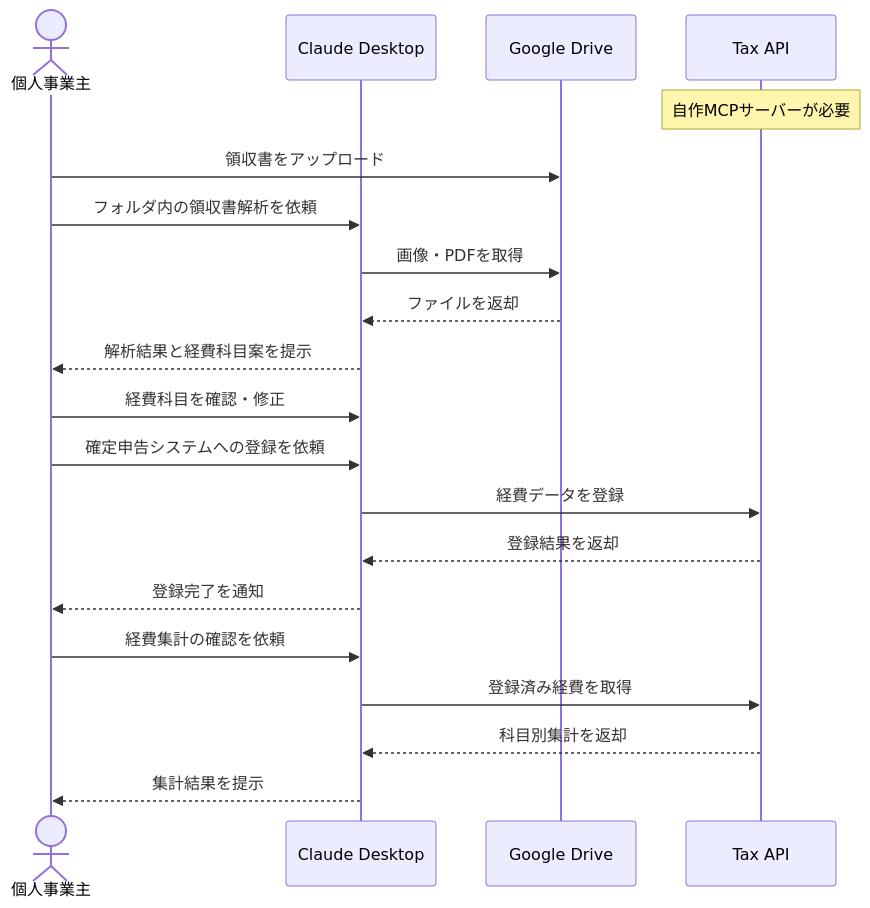
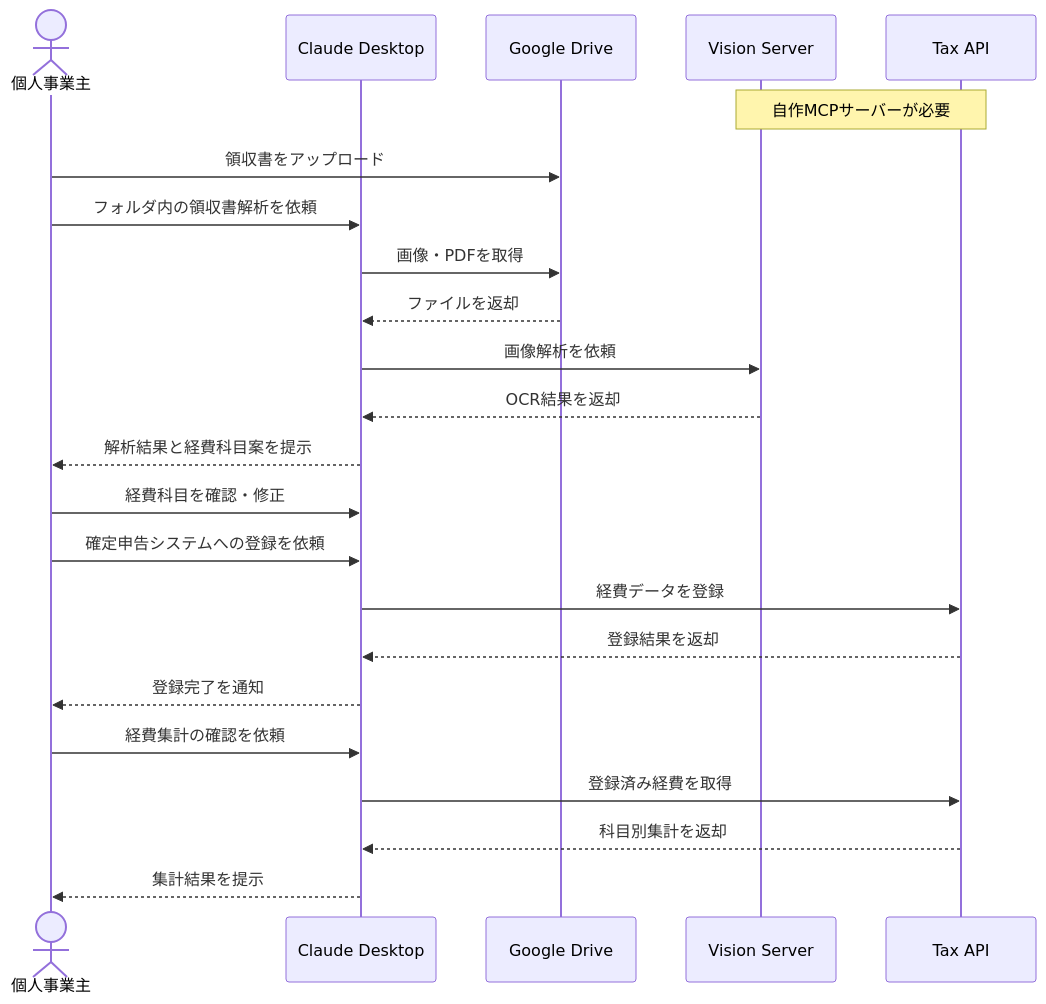
Before and after one commit to po-shu/mcp-100-ideas: the diagram in docs/04_生活/デジタル領収書から経費を自動登録する.md, drawn with Mermaid. The commit also changed other lines of this file and 7 other files, not shown here.

````diff
--- a/docs/04_生活/デジタル領収書から経費を自動登録する.md
+++ b/docs/04_生活/デジタル領収書から経費を自動登録する.md
@@ -19,27 +20,30 @@
 ```mermaid
 sequenceDiagram
     actor User as 個人事業主
     participant Claude as Claude Desktop
     participant Drive as Google Drive
+    participant Vision as Vision Server
     participant Tax as Tax API
 
-    Note over Tax: 自作MCPサーバーが必要
+    Note over Vision,Tax: 自作MCPサーバーが必要
 
     User->>Drive: 領収書をアップロード
     User->>Claude: フォルダ内の領収書解析を依頼
     Claude->>Drive: 画像・PDFを取得
     Drive-->>Claude: ファイルを返却
     
+    Claude->>Vision: 画像解析を依頼
+    Vision-->>Claude: OCR結果を返却
     Claude-->>User: 解析結果と経費科目案を提示
     User->>Claude: 経費科目を確認・修正
     
     User->>Claude: 確定申告システムへの登録を依頼
     Claude->>Tax: 経費データを登録
     Tax-->>Claude: 登録結果を返却
     Claude-->>User: 登録完了を通知
     
     User->>Claude: 経費集計の確認を依頼
     Claude->>Tax: 登録済み経費を取得
     Tax-->>Claude: 科目別集計を返却
     Claude-->>User: 集計結果を提示
 ```
````
